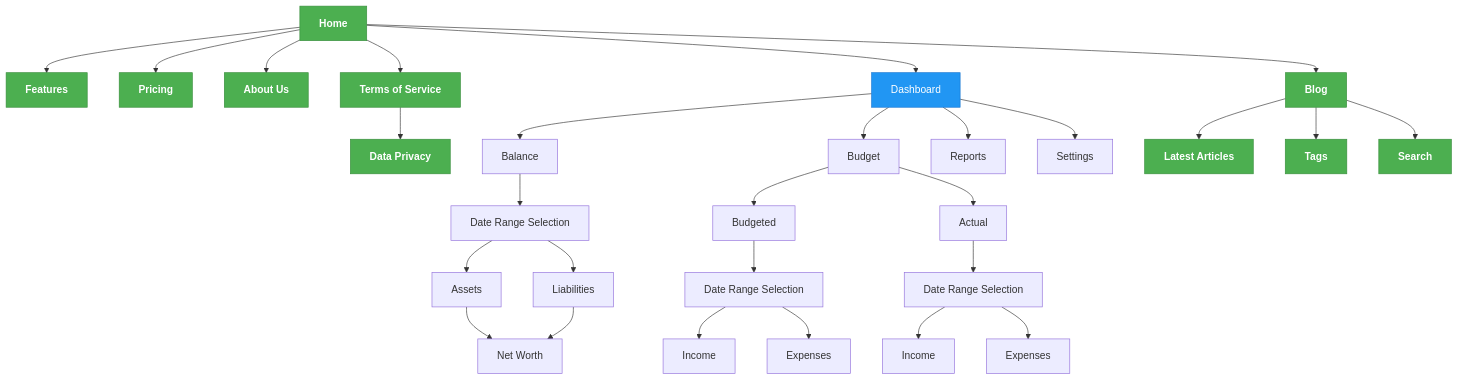
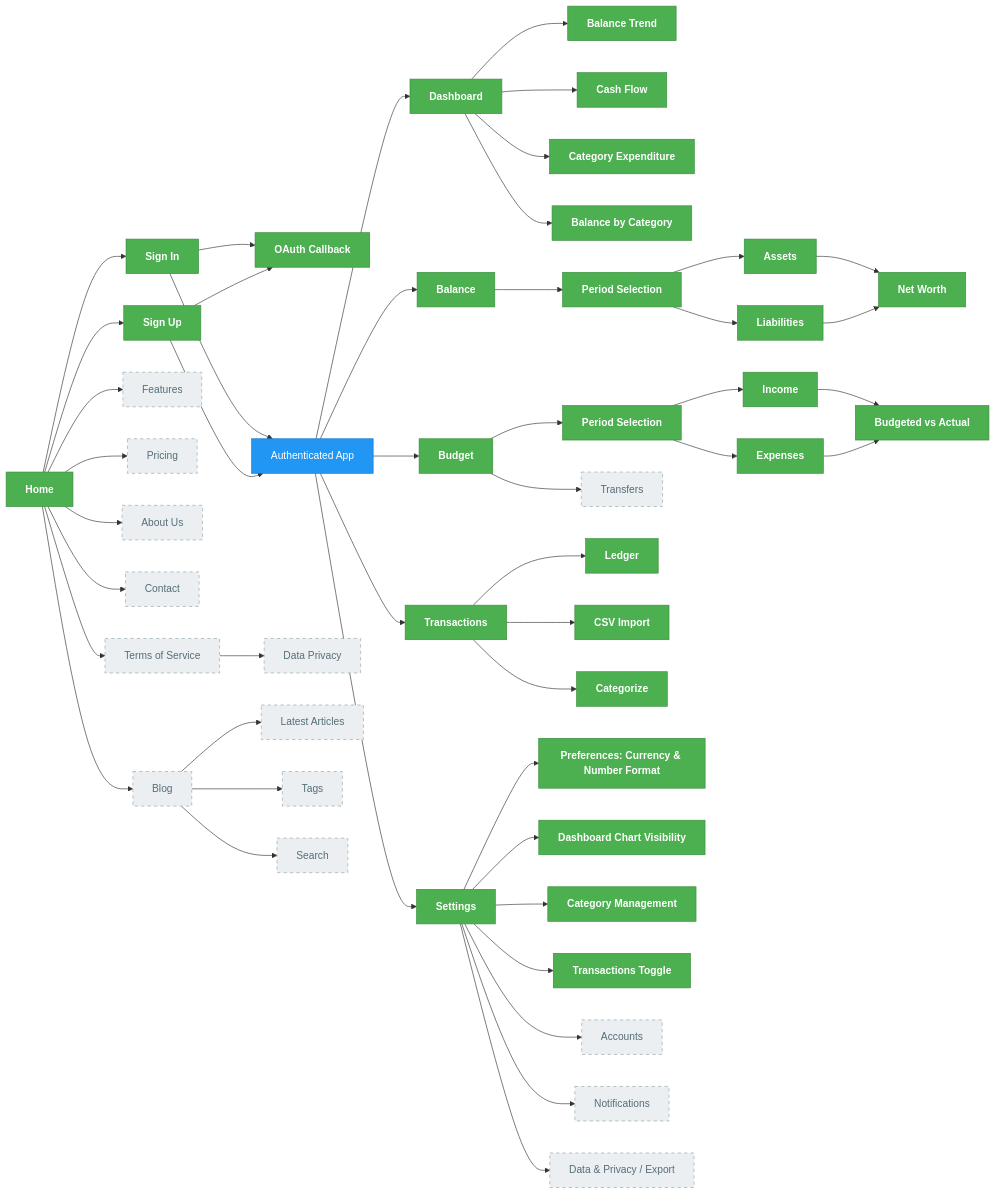
The diagram in docs/SiteMap.md (JRRS1982/halcyon), drawn with Mermaid before and after one commit. The commit also changed other lines of this file, not shown here.

Commit message:
docs(sitemap): mark built vs planned; add Transactions, Transfers, Accounts

````diff
--- a/docs/SiteMap.md
+++ b/docs/SiteMap.md
@@ -3,42 +11,72 @@
 ```mermaid
-flowchart TD
+flowchart LR
+    %% ---- Public surface ----
     A[Home]
+    A --> SI[Sign In]
+    A --> SU[Sign Up]
+    SI --> CB[OAuth Callback]
+    SU --> CB
+    SI --> APP[Authenticated App]
+    SU --> APP
+
     A --> A1[Features]
     A --> A2[Pricing]
     A --> A3[About Us]
+    A --> A4[Contact]
     A --> D[Blog]
-    A --> E[Dashboard]
     A --> F[Terms of Service]
     F --> G[Data Privacy]
-    E --> C1[Balance]
-    C1 --> C1_0[Date Range Selection]
-    C1_0 --> C1_1[Assets]
-    C1_0 --> C1_2[Liabilities]
-    C1_1 & C1_2 --> C1_3[Net Worth]
-    E --> C2[Budget]
-    C2 --> C2_1[Budgeted]
-    C2_1 --> C2_1_0[Date Range Selection]
-    C2_1_0 --> C2_1_1[Income]
-    C2_1_0 --> C2_1_2[Expenses]
-    C2 --> C2_2[Actual]
-    C2_2 --> C2_2_0[Date Range Selection]
-    C2_2_0 --> C2_2_1[Income]
-    C2_2_0 --> C2_2_2[Expenses]
-    E --> C3[Reports]
-    E --> C4[Settings]
     D --> D1[Latest Articles]
     D --> D2[Tags]
     D --> D3[Search]
 
-    style A fill:#4CAF50,stroke:#388E3C,color:white,font-weight:bold
-    style A1 fill:#4CAF50,stroke:#388E3C,color:white,font-weight:bold
-    style A2 fill:#4CAF50,stroke:#388E3C,color:white,font-weight:bold
-    style A3 fill:#4CAF50,stroke:#388E3C,color:white,font-weight:bold
-    style D fill:#4CAF50,stroke:#388E3C,color:white,font-weight:bold
-    style D1 fill:#4CAF50,stroke:#388E3C,color:white,font-weight:bold
-    style D2 fill:#4CAF50,stroke:#388E3C,color:white,font-weight:bold
-    style D3 fill:#4CAF50,stroke:#388E3C,color:white,font-weight:bold
-    style F fill:#4CAF50,stroke:#388E3C,color:white,font-weight:bold
-    style G fill:#4CAF50,stroke:#388E3C,color:white,font-weight:bold
-    style E fill:#2196F3,stroke:#1976D2,color:white
+    %% ---- Authenticated app (behind middleware, linked via nav bar) ----
+    APP --> E[Dashboard]
+    E --> E1[Balance Trend]
+    E --> E2[Cash Flow]
+    E --> E3[Category Expenditure]
+    E --> E4[Balance by Category]
+
+    APP --> C1[Balance]
+    C1 --> C1_0[Period Selection]
+    C1_0 --> C1_1[Assets]
+    C1_0 --> C1_2[Liabilities]
+    C1_1 & C1_2 --> C1_3[Net Worth]
+
+    APP --> C2[Budget]
+    C2 --> C2_0[Period Selection]
+    C2_0 --> C2_1[Income]
+    C2_0 --> C2_2[Expenses]
+    C2_1 & C2_2 --> C2_3[Budgeted vs Actual]
+    C2 --> C2_4[Transfers]
+
+    APP --> TX[Transactions]
+    TX --> TX1[Ledger]
+    TX --> TX2[CSV Import]
+    TX --> TX3[Categorize]
+
+    APP --> C4[Settings]
+    C4 --> S1[Preferences: Currency & Number Format]
+    C4 --> S2[Dashboard Chart Visibility]
+    C4 --> S3[Category Management]
+    C4 --> S4[Transactions Toggle]
+    C4 --> S5[Accounts]
+    C4 --> S6[Notifications]
+    C4 --> S7[Data & Privacy / Export]
+
+    %% ---- Styling ----
+    classDef built fill:#4CAF50,stroke:#388E3C,color:#fff,font-weight:bold;
+    classDef planned fill:#eceff1,stroke:#90a4ae,color:#546e7a,stroke-dasharray:5 5;
+    classDef hub fill:#2196F3,stroke:#1976D2,color:#fff;
+
+    class A,SI,SU,CB built;
+    class APP hub;
+    class E,E1,E2,E3,E4 built;
+    class C1,C1_0,C1_1,C1_2,C1_3 built;
+    class C2,C2_0,C2_1,C2_2,C2_3 built;
+    class TX,TX1,TX2,TX3 built;
+    class C4,S1,S2,S3,S4 built;
+
+    class A1,A2,A3,A4,D,D1,D2,D3,F,G planned;
+    class C2_4,S5,S6,S7 planned;
 ```
````
